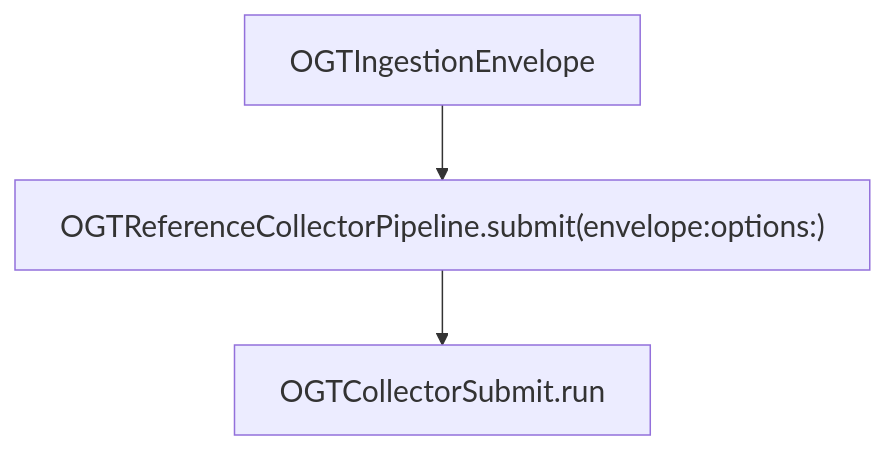
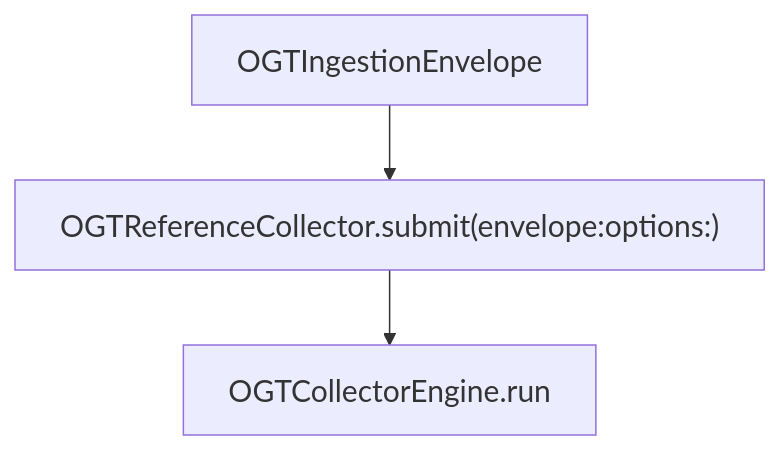
The third of 7 diagrams in runtimes/swift/ARCHITECTURE.md (peterlandis/OpenGlucoseTelemetry), drawn with Mermaid before and after one commit. The commit also changed other lines of this file and 64 other files, not shown here.

````diff
--- a/runtimes/swift/ARCHITECTURE.md
+++ b/runtimes/swift/ARCHITECTURE.md
@@ -78,9 +89,9 @@
 ```mermaid
 %%{init: {'themeVariables': {'fontSize': '20px'}}}%%
 flowchart TB
   E[OGTIngestionEnvelope]
-  P["OGTReferenceCollectorPipeline.submit(envelope:options:)"]
-  R[OGTCollectorSubmit.run]
+  P["OGTReferenceCollector.submit(envelope:options:)"]
+  R[OGTCollectorEngine.run]
   E --> P
   P --> R
 ```
````
